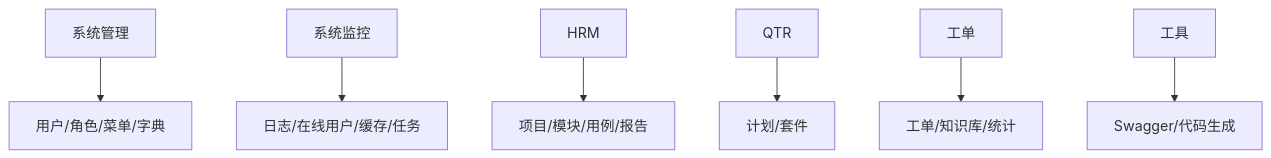
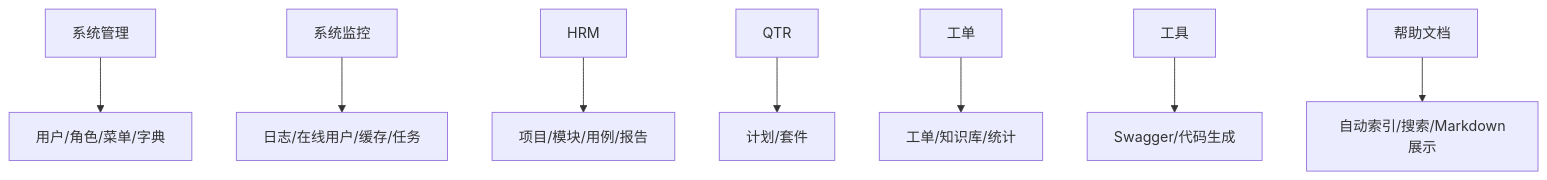
One commit to diaodeng/ApiTestPlatform changed the diagram in wiki/entities/services/web-feature-domains.md. Above: the diagram before and after it, drawn with Mermaid. The commit also changed other lines of this file and 7 other files, not shown here.

````diff
--- a/wiki/entities/services/web-feature-domains.md
+++ b/wiki/entities/services/web-feature-domains.md
@@ -30,9 +32,10 @@
 ```mermaid
 graph TD
   A[系统管理] --> A1[用户/角色/菜单/字典]
   B[系统监控] --> B1[日志/在线用户/缓存/任务]
   C[HRM] --> C1[项目/模块/用例/报告]
   D[QTR] --> D1[计划/套件]
   E[工单] --> E1[工单/知识库/统计]
   F[工具] --> F1[Swagger/代码生成]
+  G[帮助文档] --> G1[自动索引/搜索/Markdown展示]
 ```
````
